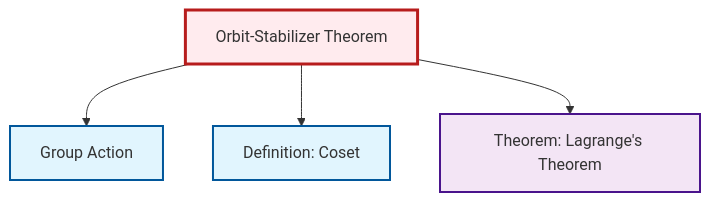
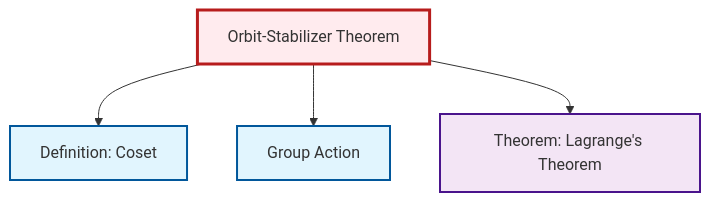
Before and after one commit to RK0429/ModernMath: the diagram in content/ja/algebra/thm-orbit-stabilizer.qmd, drawn with Mermaid. The commit also changed other lines of this file and 554 other files, not shown here.

````diff
--- a/content/ja/algebra/thm-orbit-stabilizer.qmd
+++ b/content/ja/algebra/thm-orbit-stabilizer.qmd
@@ -61,20 +61,20 @@
 ```{mermaid}
 %%| fig-cap: "Local dependency graph"
 graph TD
     classDef definition fill:#e1f5fe,stroke:#01579b,stroke-width:2px
     classDef theorem fill:#f3e5f5,stroke:#4a148c,stroke-width:2px
     classDef axiom fill:#fff3e0,stroke:#e65100,stroke-width:2px
     classDef example fill:#e8f5e9,stroke:#1b5e20,stroke-width:2px
     classDef current fill:#ffebee,stroke:#b71c1c,stroke-width:3px
     def-group-action["Group Action"]:::definition
-    def-coset["Definition: Coset"]:::definition
     thm-lagrange["Theorem: Lagrange's Theorem"]:::theorem
     thm-orbit-stabilizer["Orbit-Stabilizer Theorem"]:::theorem
+    def-coset["Definition: Coset"]:::definition
+    thm-orbit-stabilizer --> def-coset
     thm-orbit-stabilizer --> def-group-action
-    thm-orbit-stabilizer --> def-coset
     thm-orbit-stabilizer --> thm-lagrange
     class thm-orbit-stabilizer current
     click def-group-action "def-group-action.html" "Group Actionへ"
+    click thm-lagrange "thm-lagrange.html" "Theorem: Lagrange's Theoremへ"
     click def-coset "def-coset.html" "Definition: Cosetへ"
-    click thm-lagrange "thm-lagrange.html" "Theorem: Lagrange's Theoremへ"
 ```
````
